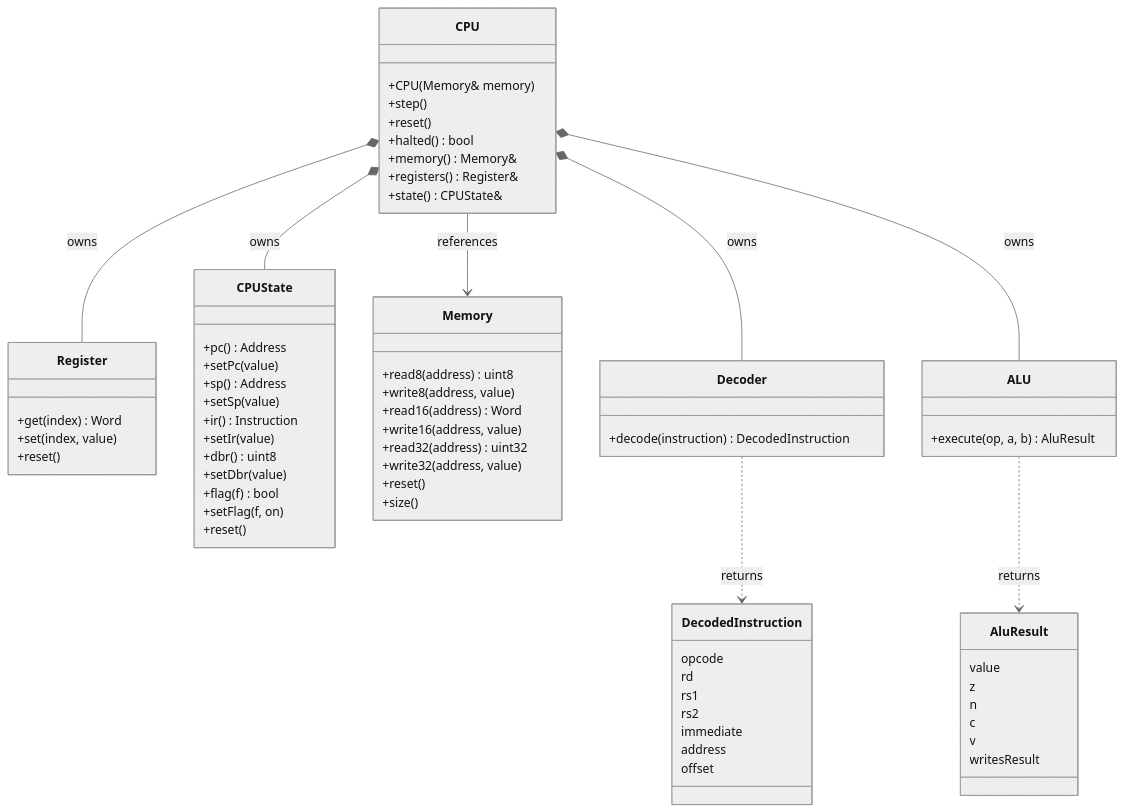
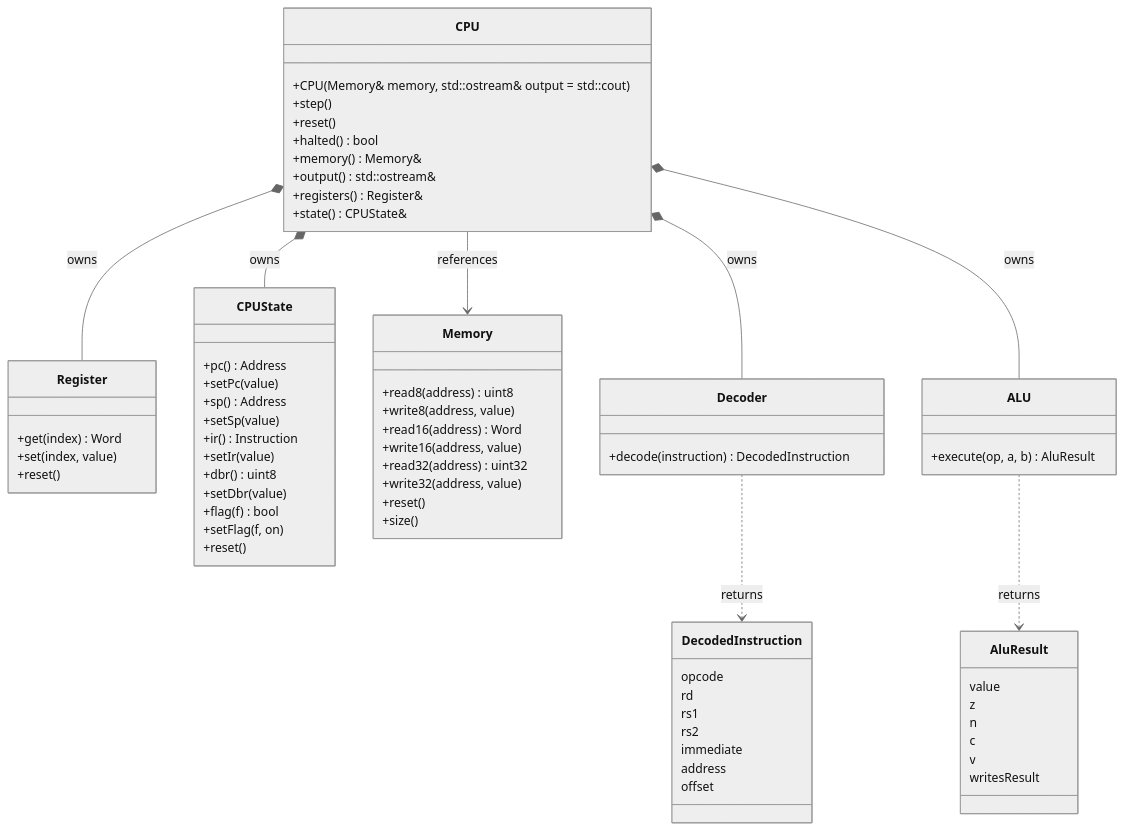
One commit to kpolet2010-hue/CoreSim changed the second of 4 diagrams in docs/ARCHITECTURE.md. Above: the diagram before and after it, drawn with Mermaid (neutral theme). The commit also changed other lines of this file and 7 other files, not shown here.

First line of the commit message:
docs: document OUT and the CPU output stream

````diff
--- a/docs/ARCHITECTURE.md
+++ b/docs/ARCHITECTURE.md
@@ -52,71 +52,72 @@
 ```mermaid
 classDiagram
     class CPU {
-        +CPU(Memory& memory)
+        +CPU(Memory& memory, std::ostream& output = std::cout)
         +step()
         +reset()
         +halted() bool
         +memory() Memory&
+        +output() std::ostream&
         +registers() Register&
         +state() CPUState&
     }
     class Register {
         +get(index) Word
         +set(index, value)
         +reset()
     }
     class CPUState {
         +pc() Address
         +setPc(value)
         +sp() Address
         +setSp(value)
         +ir() Instruction
         +setIr(value)
         +dbr() uint8
         +setDbr(value)
         +flag(f) bool
         +setFlag(f, on)
         +reset()
     }
     class Memory {
         +read8(address) uint8
         +write8(address, value)
         +read16(address) Word
         +write16(address, value)
         +read32(address) uint32
         +write32(address, value)
         +reset()
         +size()
     }
     class Decoder {
         +decode(instruction) DecodedInstruction
     }
     class DecodedInstruction {
         opcode
         rd
         rs1
         rs2
         immediate
         address
         offset
     }
     class ALU {
         +execute(op, a, b) AluResult
     }
     class AluResult {
         value
         z
         n
         c
         v
         writesResult
     }
 
     CPU *-- Register : owns
     CPU *-- CPUState : owns
     CPU *-- Decoder : owns
     CPU *-- ALU : owns
     CPU --> Memory : references
     Decoder ..> DecodedInstruction : returns
     ALU ..> AluResult : returns
 ```
````
